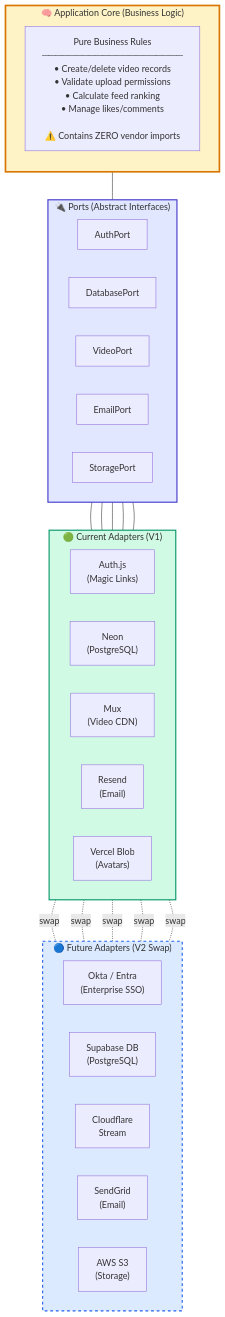
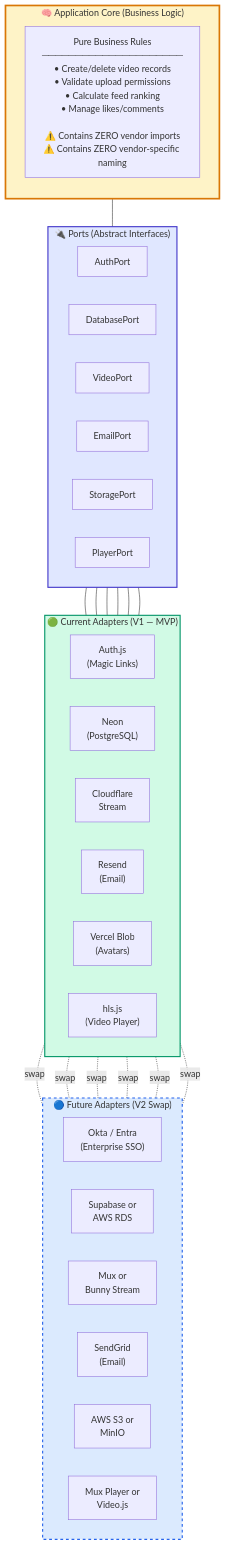
The first of 8 diagrams in specs/architecture.md (ShellyDCMS/DellClips), drawn with Mermaid before and after one commit. The commit also changed other lines of this file, not shown here.

Commit message:
update architecture document with free-tier cost optimization, vendor-neutral naming, Cloudflare Stream migration, and expanded video storage infrastructure details

````diff
--- a/specs/architecture.md
+++ b/specs/architecture.md
@@ -31,52 +36,57 @@
 ```mermaid
 flowchart TB
     subgraph CORE ["🧠 Application Core (Business Logic)"]
         direction TB
-        BL["Pure Business Rules<br/>─────────────────────<br/>• Create/delete video records<br/>• Validate upload permissions<br/>• Calculate feed ranking<br/>• Manage likes/comments<br/><br/>⚠️ Contains ZERO vendor imports"]
+        BL["Pure Business Rules<br/>─────────────────────<br/>• Create/delete video records<br/>• Validate upload permissions<br/>• Calculate feed ranking<br/>• Manage likes/comments<br/><br/>⚠️ Contains ZERO vendor imports<br/>⚠️ Contains ZERO vendor-specific naming"]
     end
 
     subgraph PORTS ["🔌 Ports (Abstract Interfaces)"]
         direction LR
         P1["AuthPort"]
         P2["DatabasePort"]
         P3["VideoPort"]
         P4["EmailPort"]
         P5["StoragePort"]
+        P6["PlayerPort"]
     end
 
-    subgraph ADAPTERS_CURRENT ["🟢 Current Adapters (V1)"]
+    subgraph ADAPTERS_CURRENT ["🟢 Current Adapters (V1 — MVP)"]
         direction LR
         A1["Auth.js<br/>(Magic Links)"]
         A2["Neon<br/>(PostgreSQL)"]
-        A3["Mux<br/>(Video CDN)"]
+        A3["Cloudflare<br/>Stream"]
         A4["Resend<br/>(Email)"]
         A5["Vercel Blob<br/>(Avatars)"]
+        A6["hls.js<br/>(Video Player)"]
     end
 
     subgraph ADAPTERS_FUTURE ["🔵 Future Adapters (V2 Swap)"]
         direction LR
         F1["Okta / Entra<br/>(Enterprise SSO)"]
-        F2["Supabase DB<br/>(PostgreSQL)"]
-        F3["Cloudflare<br/>Stream"]
+        F2["Supabase or<br/>AWS RDS"]
+        F3["Mux or<br/>Bunny Stream"]
         F4["SendGrid<br/>(Email)"]
-        F5["AWS S3<br/>(Storage)"]
+        F5["AWS S3 or<br/>MinIO"]
+        F6["Mux Player or<br/>Video.js"]
     end
 
     CORE --- PORTS
     P1 --- A1
     P2 --- A2
     P3 --- A3
     P4 --- A4
     P5 --- A5
+    P6 --- A6
 
     A1 -.-|"swap"| F1
     A2 -.-|"swap"| F2
     A3 -.-|"swap"| F3
     A4 -.-|"swap"| F4
     A5 -.-|"swap"| F5
+    A6 -.-|"swap"| F6
 
     style CORE fill:#fef3c7,stroke:#d97706,stroke-width:3px
     style PORTS fill:#e0e7ff,stroke:#4338ca,stroke-width:2px
     style ADAPTERS_CURRENT fill:#d1fae5,stroke:#059669,stroke-width:2px
     style ADAPTERS_FUTURE fill:#dbeafe,stroke:#2563eb,stroke-width:2px,stroke-dasharray: 5 5
 ```
````
